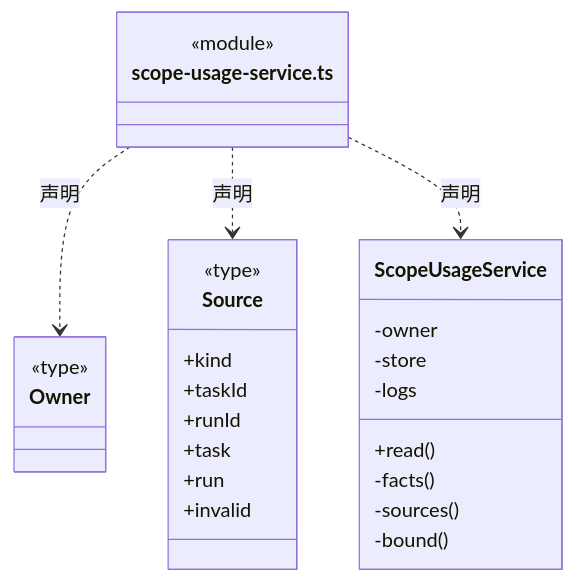
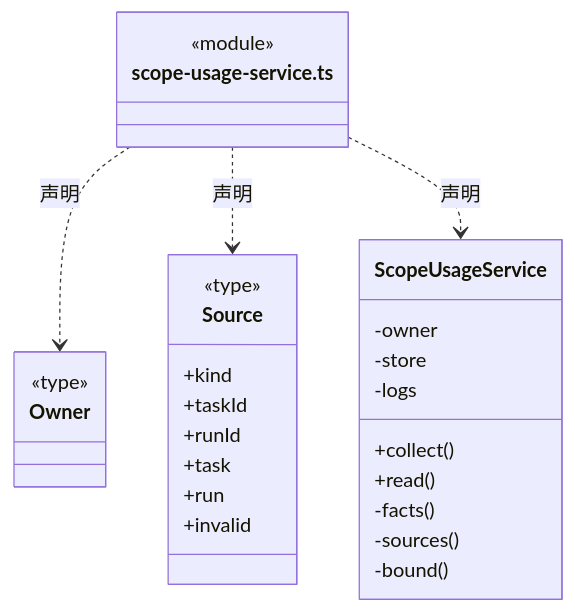
Diagram 35 of 48 in src/backend/scheduler-engine/execution/ARCHITECTURE.md (nan023062/cbim), drawn with Mermaid before and after one commit. The commit also changed other lines of this file and 64 other files, not shown here.

````diff
--- a/src/backend/scheduler-engine/execution/ARCHITECTURE.md
+++ b/src/backend/scheduler-engine/execution/ARCHITECTURE.md
@@ -901,31 +961,32 @@
 ```mermaid
 classDiagram
 class N_src_backend_scheduler_engine_execution_scope_usage_service_ts["scope-usage-service.ts"] {
   <<module>>
 }
 class N_src_backend_scheduler_engine_execution_scope_usage_service_ts_Owner["Owner"] {
   <<type>>
 
 }
 N_src_backend_scheduler_engine_execution_scope_usage_service_ts ..> N_src_backend_scheduler_engine_execution_scope_usage_service_ts_Owner : 声明
 class N_src_backend_scheduler_engine_execution_scope_usage_service_ts_Source["Source"] {
   <<type>>
   +kind
   +taskId
   +runId
   +task
   +run
   +invalid
 }
 N_src_backend_scheduler_engine_execution_scope_usage_service_ts ..> N_src_backend_scheduler_engine_execution_scope_usage_service_ts_Source : 声明
 class N_src_backend_scheduler_engine_execution_scope_usage_service_ts_ScopeUsageService["ScopeUsageService"] {
+  +collect()
   +read()
   -owner
   -store
   -logs
   -facts()
   -sources()
   -bound()
 }
 N_src_backend_scheduler_engine_execution_scope_usage_service_ts ..> N_src_backend_scheduler_engine_execution_scope_usage_service_ts_ScopeUsageService : 声明
 ```
````
